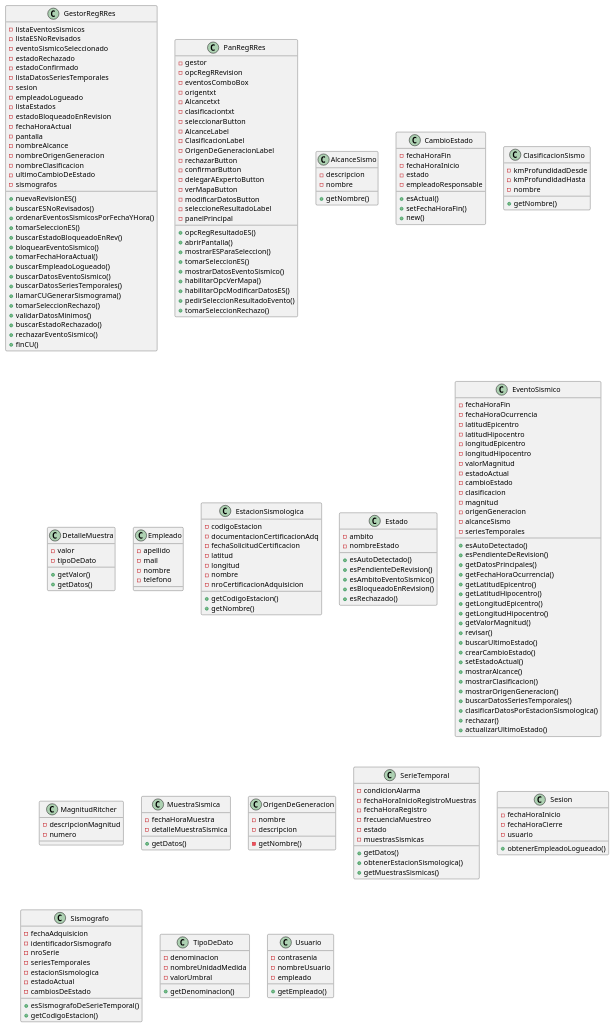
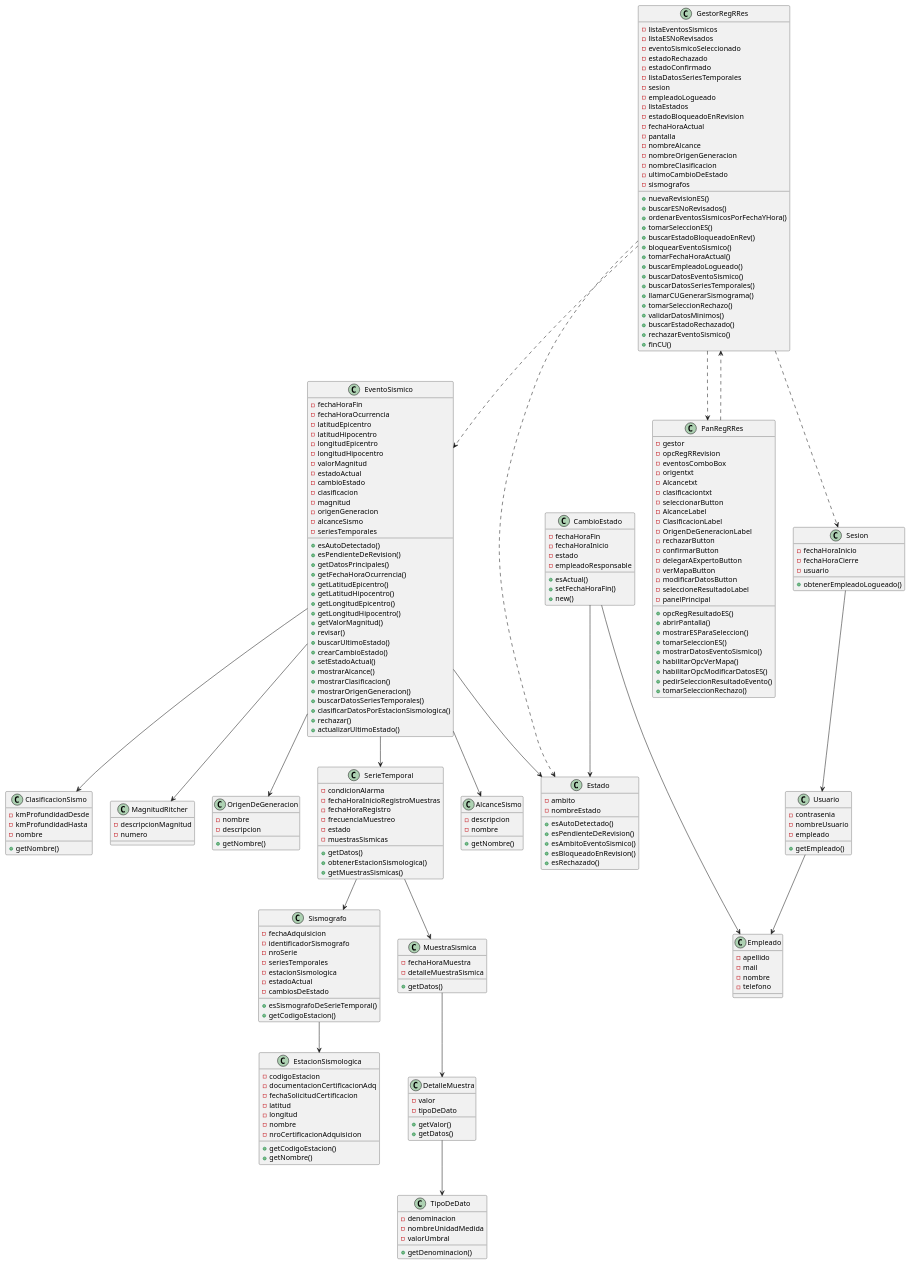
The diagram in diagrama-vista-estatica.wsd (santiwg/TPI-DS2025-G1), drawn with PlantUML before and after one commit.

Commit message:
Agrego relaciones vista estatica - FALTA LA MULTIPLICIDAD

```diff
--- a/diagrama-vista-estatica.wsd
+++ b/diagrama-vista-estatica.wsd
@@ -186,7 +186,7 @@
     -nombre
     -descripcion
 
-    -getNombre()
+    +getNombre()
 }
 
 class SerieTemporal{
@@ -239,4 +239,43 @@
     +getEmpleado()
 }
 
+PanRegRRes ..> GestorRegRRes
+
+GestorRegRRes ..> PanRegRRes
+
+GestorRegRRes ..> EventoSismico
+
+GestorRegRRes ..> Estado
+
+GestorRegRRes ..> Sesion
+
+EventoSismico --> Estado
+
+Sesion --> Usuario
+
+Usuario --> Empleado
+
+CambioEstado --> Estado
+
+CambioEstado --> Empleado
+
+EventoSismico --> AlcanceSismo
+
+EventoSismico --> ClasificacionSismo
+
+EventoSismico --> OrigenDeGeneracion
+
+EventoSismico --> SerieTemporal
+
+SerieTemporal --> MuestraSismica
+
+MuestraSismica --> DetalleMuestra
+
+DetalleMuestra --> TipoDeDato
+
+SerieTemporal --> Sismografo
+
+Sismografo --> EstacionSismologica
+
+EventoSismico --> MagnitudRitcher
 @enduml
```
